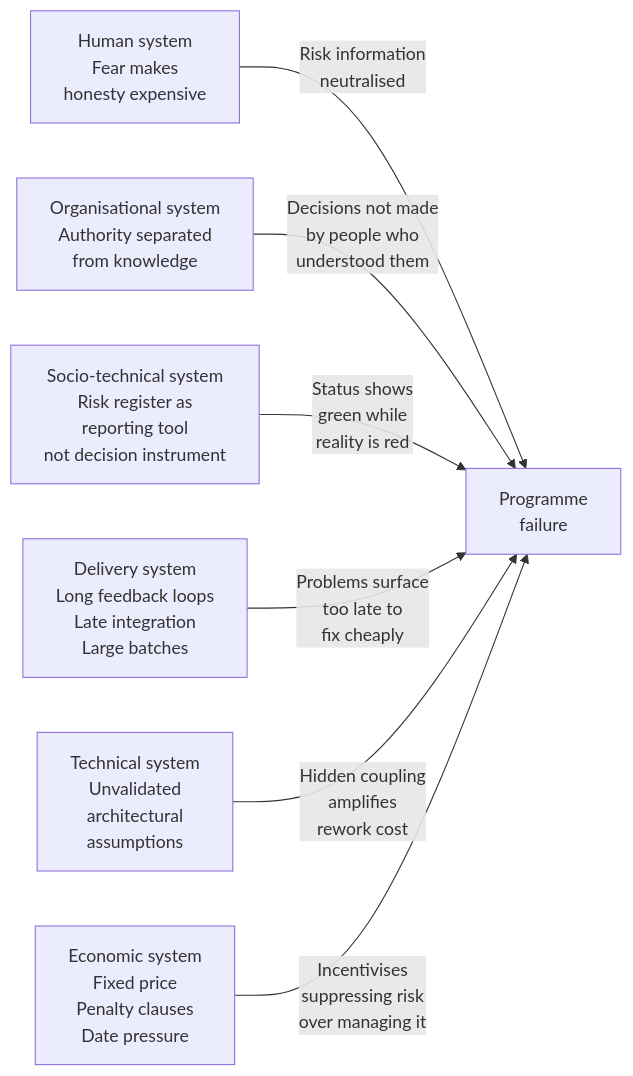
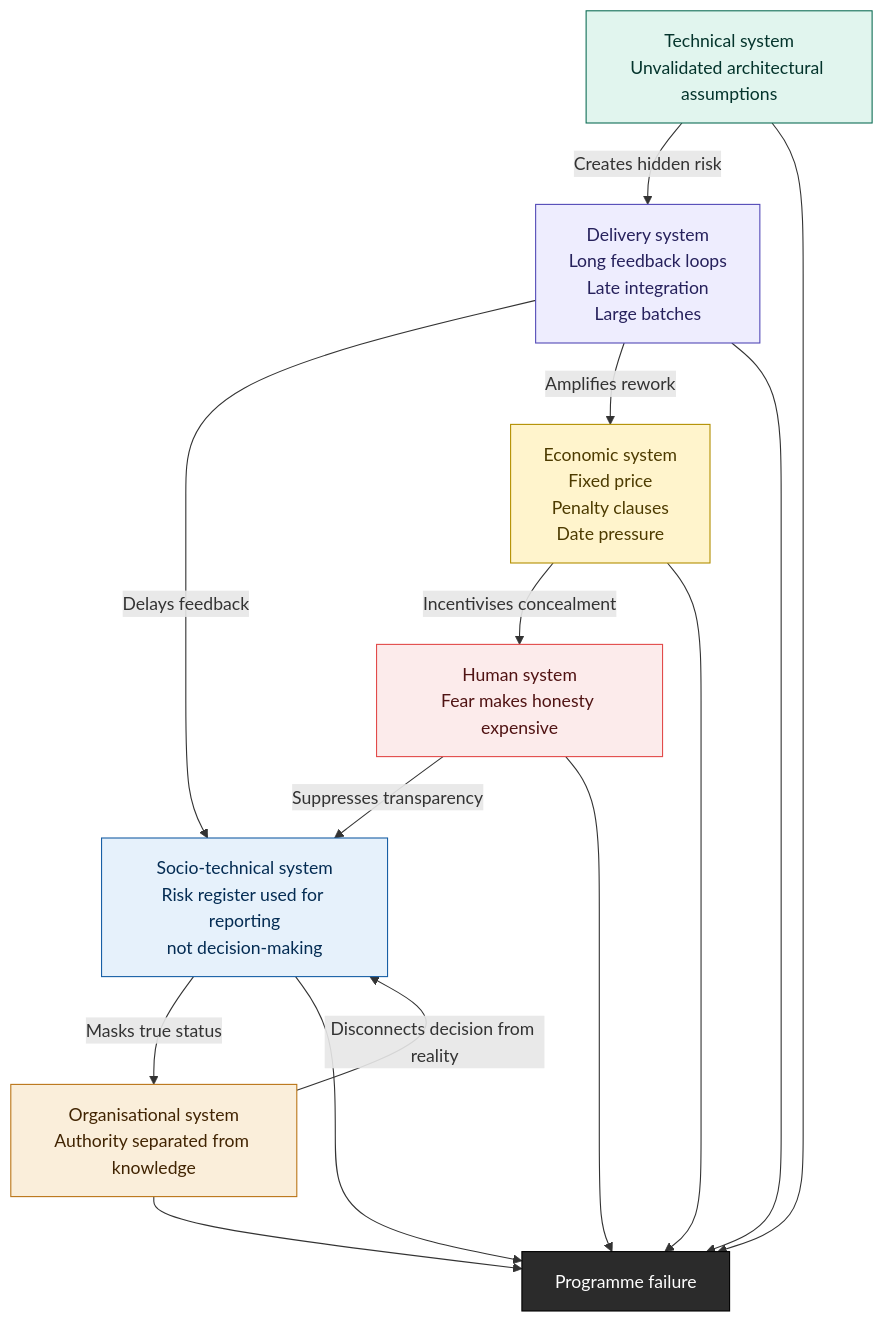
One commit to markbac/docs-WoW changed the diagram in docs/ways-of-working/firmitas2/06_part_1/chapters/04_what_the_system_did_with_the_information.md. Above: the diagram before and after it, drawn with Mermaid. The commit also changed 30 other files, not shown here.

````diff
--- a/docs/ways-of-working/firmitas2/06_part_1/chapters/04_what_the_system_did_with_the_information.md
+++ b/docs/ways-of-working/firmitas2/06_part_1/chapters/04_what_the_system_did_with_the_information.md
@@ -109,16 +109,37 @@
 ```mermaid
-flowchart LR
-    HS["Human system\nFear makes\nhonesty expensive"]
-    OS["Organisational system\nAuthority separated\nfrom knowledge"]
-    ST["Socio-technical system\nRisk register as\nreporting tool\nnot decision instrument"]
-    DS["Delivery system\nLong feedback loops\nLate integration\nLarge batches"]
-    TA["Technical system\nUnvalidated\narchitectural\nassumptions"]
-    ES["Economic system\nFixed price\nPenalty clauses\nDate pressure"]
+flowchart TB
+    HS["Human system<br>Fear makes honesty expensive"]
+    OS["Organisational system<br>Authority separated from knowledge"]
+    ST["Socio-technical system<br>Risk register used for reporting<br>not decision-making"]
+    DS["Delivery system<br>Long feedback loops<br>Late integration<br>Large batches"]
+    TA["Technical system<br>Unvalidated architectural assumptions"]
+    ES["Economic system<br>Fixed price<br>Penalty clauses<br>Date pressure"]
 
-    HS -->|Risk information\nneutralised| F["Programme\nfailure"]
-    OS -->|Decisions not made\nby people who\nunderstood them| F
-    ST -->|Status shows\ngreen while\nreality is red| F
-    DS -->|Problems surface\ntoo late to\nfix cheaply| F
-    TA -->|Hidden coupling\namplifies\nrework cost| F
-    ES -->|Incentivises\nsuppressing risk\nover managing it| F
+    F["Programme failure"]
+
+    %% Interactions (system behaviour)
+    HS -->|Suppresses transparency| ST
+    ES -->|Incentivises concealment| HS
+    OS -->|Disconnects decision from reality| ST
+    ST -->|Masks true status| OS
+    DS -->|Delays feedback| ST
+    TA -->|Creates hidden risk| DS
+    DS -->|Amplifies rework| ES
+
+    %% Convergence
+    HS --> F
+    OS --> F
+    ST --> F
+    DS --> F
+    TA --> F
+    ES --> F
+
+    %% Styling
+    style HS fill:#FCEBEB,stroke:#E24B4A,color:#501313
+    style OS fill:#FAEEDA,stroke:#BA7517,color:#412402
+    style ST fill:#E6F1FB,stroke:#185FA5,color:#042C53
+    style DS fill:#EEEDFE,stroke:#534AB7,color:#26215C
+    style TA fill:#E1F5EE,stroke:#0F6E56,color:#04342C
+    style ES fill:#FFF4CC,stroke:#B38F00,color:#4D3B00
+    style F fill:#2B2B2B,stroke:#000,color:#FFFFFF
 ```
````
